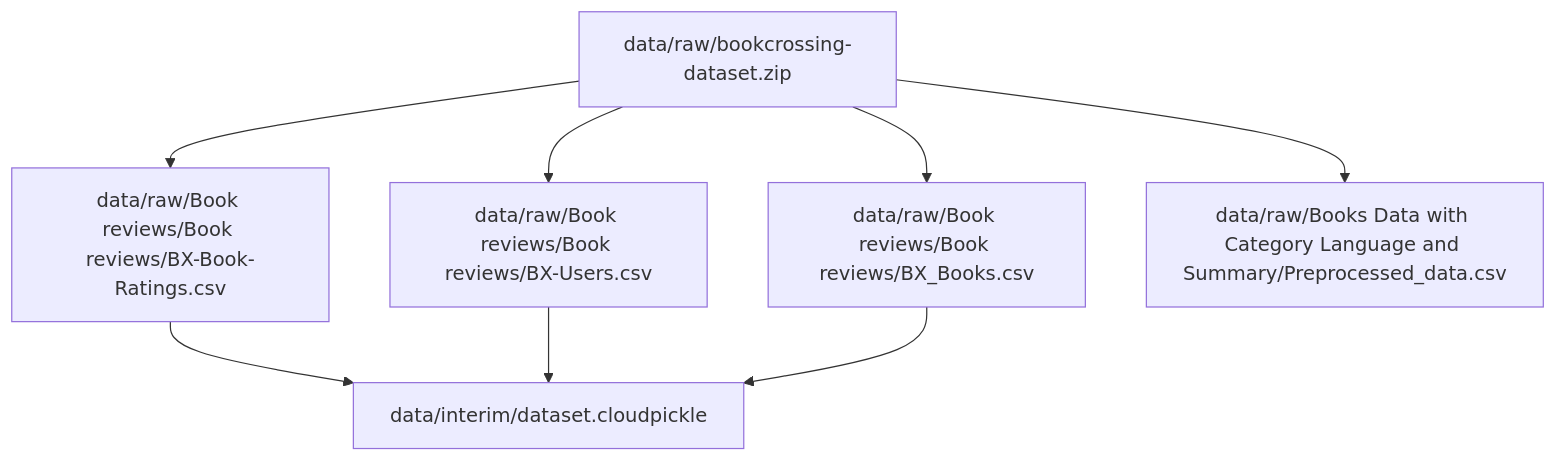
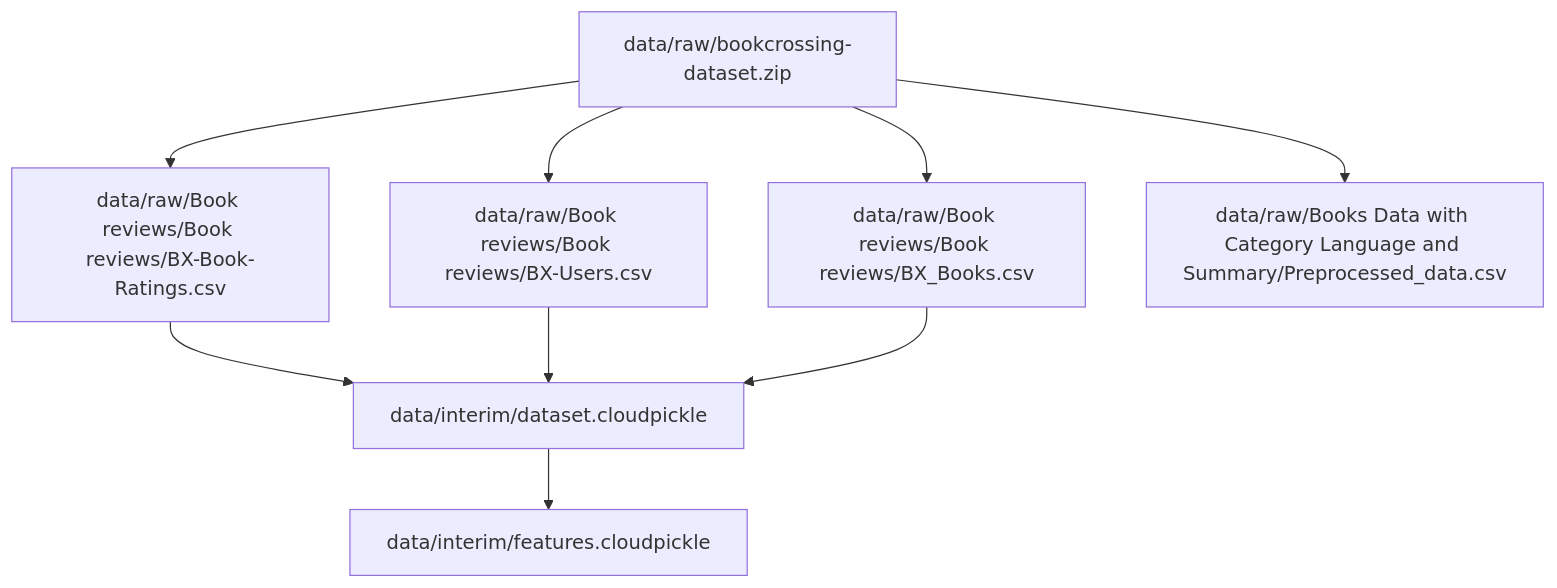
Before and after one commit to u-masao/two-tower-model-tutorial: the second of 2 diagrams in PIPELINE.md, drawn with Mermaid. The commit also changed other lines of this file, not shown here.

Commit message:
update dvc pipeline

````diff
--- a/PIPELINE.md
+++ b/PIPELINE.md
@@ -20,16 +22,18 @@
 ```mermaid
 flowchart TD
 	node1["data/interim/dataset.cloudpickle"]
-	node2["data/raw/Book reviews/Book reviews/BX-Book-Ratings.csv"]
-	node3["data/raw/Book reviews/Book reviews/BX-Users.csv"]
-	node4["data/raw/Book reviews/Book reviews/BX_Books.csv"]
-	node5["data/raw/Books Data with Category Language and Summary/Preprocessed_data.csv"]
-	node6["data/raw/bookcrossing-dataset.zip"]
-	node2-->node1
+	node2["data/interim/features.cloudpickle"]
+	node3["data/raw/Book reviews/Book reviews/BX-Book-Ratings.csv"]
+	node4["data/raw/Book reviews/Book reviews/BX-Users.csv"]
+	node5["data/raw/Book reviews/Book reviews/BX_Books.csv"]
+	node6["data/raw/Books Data with Category Language and Summary/Preprocessed_data.csv"]
+	node7["data/raw/bookcrossing-dataset.zip"]
+	node1-->node2
 	node3-->node1
 	node4-->node1
-	node6-->node2
-	node6-->node3
-	node6-->node4
-	node6-->node5
+	node5-->node1
+	node7-->node3
+	node7-->node4
+	node7-->node5
+	node7-->node6
 ```
````
